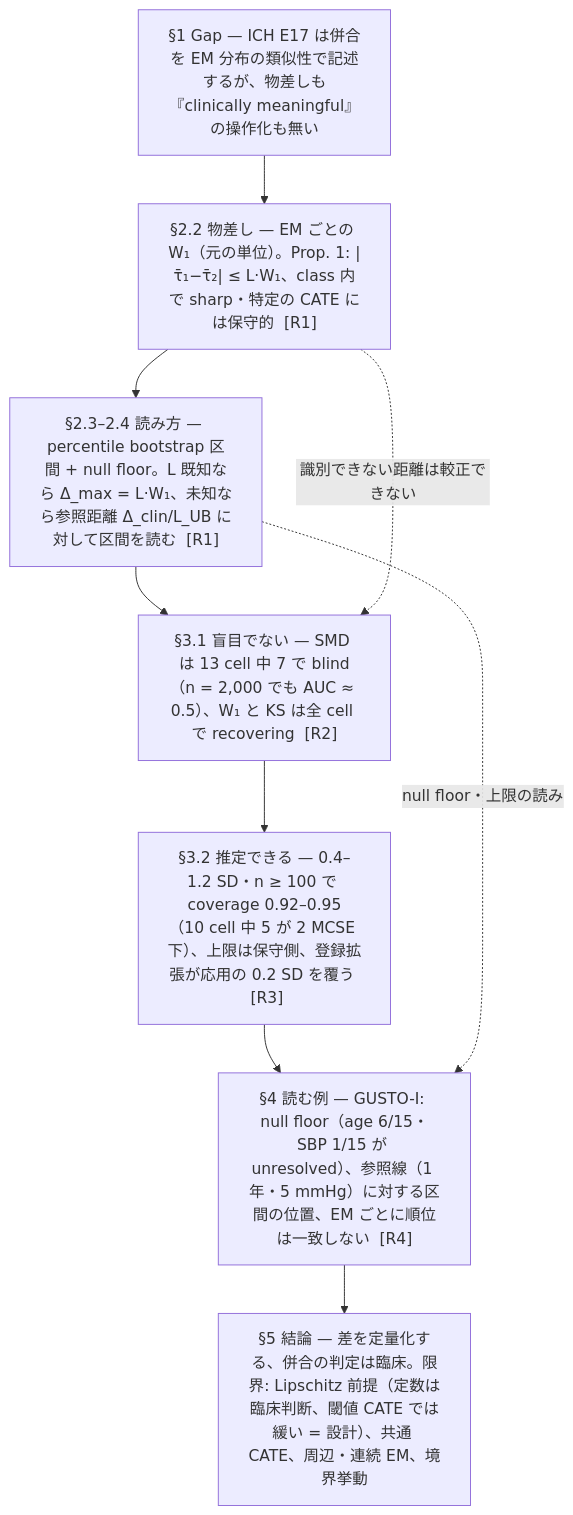
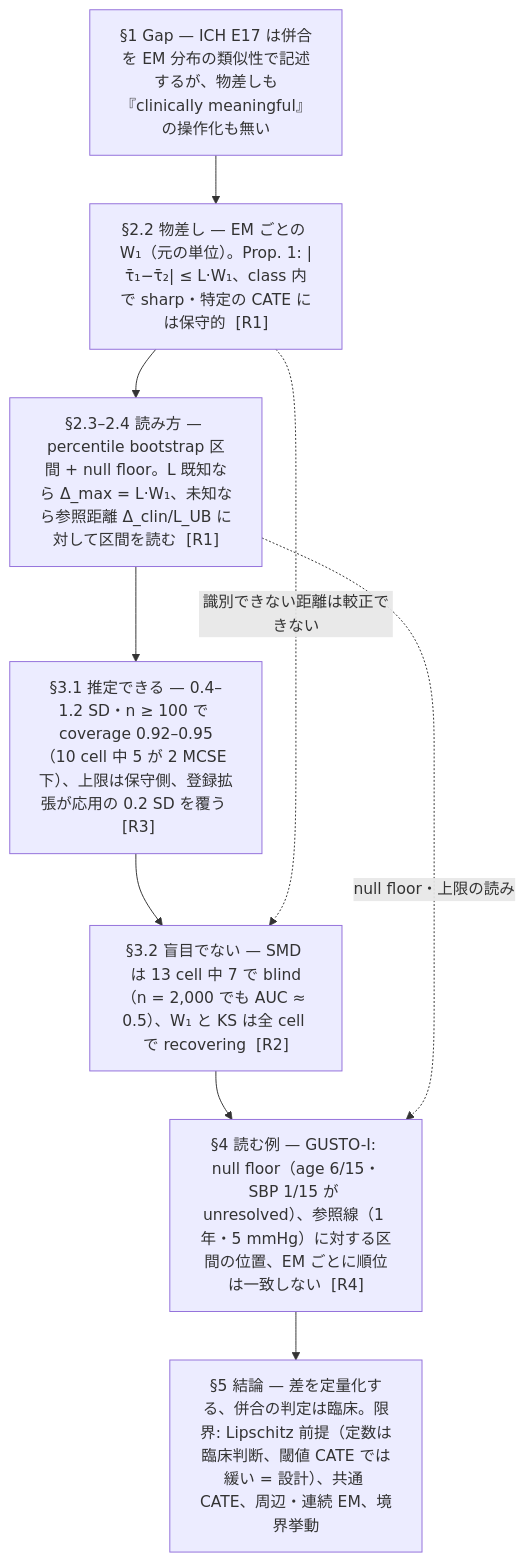
Before and after one commit to tnagakubo/similarity_metrics: the diagram in projects/similarity-metric/PAPER_LOGIC.md, drawn with Mermaid. The commit also changed other lines of this file and 7 other files, not shown here.

````diff
--- a/projects/similarity-metric/PAPER_LOGIC.md
+++ b/projects/similarity-metric/PAPER_LOGIC.md
@@ -12,13 +13,13 @@
 ```mermaid
 flowchart TD
   G["§1 Gap — ICH E17 は併合を EM 分布の類似性で記述するが、物差しも『clinically meaningful』の操作化も無い"]
   M["§2.2 物差し — EM ごとの W₁（元の単位）。Prop. 1: |τ̄₁−τ̄₂| ≤ L·W₁、class 内で sharp・特定の CATE には保守的  [R1]"]
   Rd["§2.3–2.4 読み方 — percentile bootstrap 区間 + null floor。L 既知なら Δ_max = L·W₁、未知なら参照距離 Δ_clin/L_UB に対して区間を読む  [R1]"]
-  S1["§3.1 盲目でない — SMD は 13 cell 中 7 で blind（n = 2,000 でも AUC ≈ 0.5）、W₁ と KS は全 cell で recovering  [R2]"]
-  S2["§3.2 推定できる — 0.4–1.2 SD・n ≥ 100 で coverage 0.92–0.95（10 cell 中 5 が 2 MCSE 下）、上限は保守側、登録拡張が応用の 0.2 SD を覆う  [R3]"]
+  S1["§3.2 盲目でない — SMD は 13 cell 中 7 で blind（n = 2,000 でも AUC ≈ 0.5）、W₁ と KS は全 cell で recovering  [R2]"]
+  S2["§3.1 推定できる — 0.4–1.2 SD・n ≥ 100 で coverage 0.92–0.95（10 cell 中 5 が 2 MCSE 下）、上限は保守側、登録拡張が応用の 0.2 SD を覆う  [R3]"]
   A["§4 読む例 — GUSTO-I: null floor（age 6/15・SBP 1/15 が unresolved）、参照線（1 年・5 mmHg）に対する区間の位置、EM ごとに順位は一致しない  [R4]"]
   C["§5 結論 — 差を定量化する、併合の判定は臨床。限界: Lipschitz 前提（定数は臨床判断、閾値 CATE では緩い = 設計）、共通 CATE、周辺・連続 EM、境界挙動"]
-  G --> M --> Rd --> S1 --> S2 --> A --> C
+  G --> M --> Rd --> S2 --> S1 --> A --> C
   Rd -.->|"null floor・上限の読み"| A
   M -.->|"識別できない距離は較正できない"| S1
 ```
````
